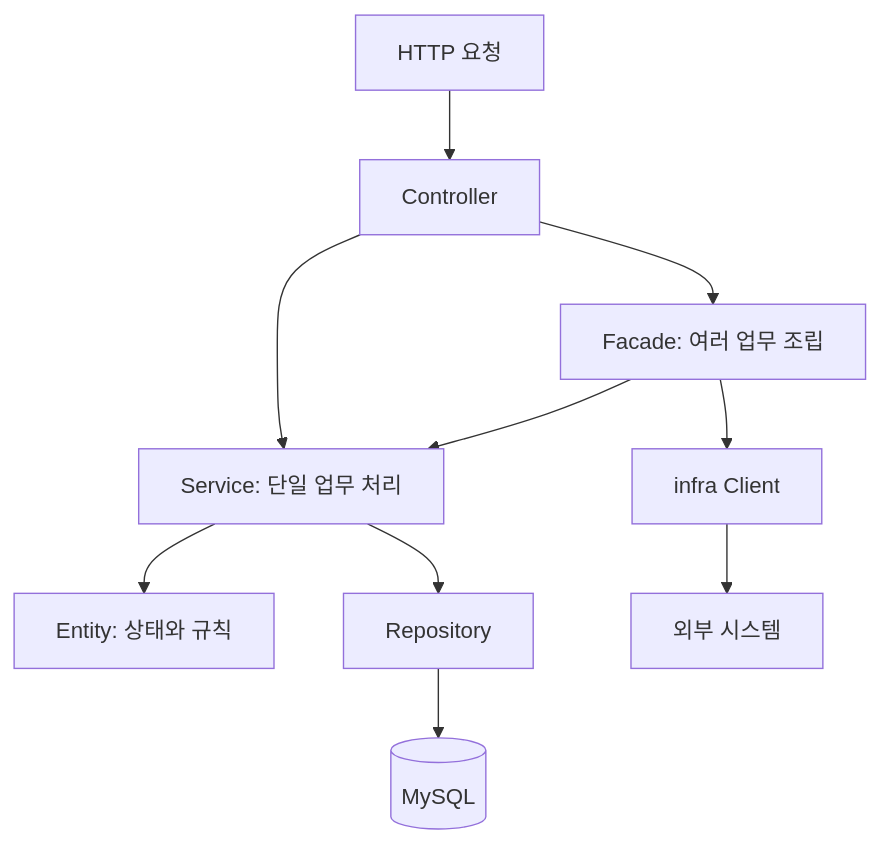
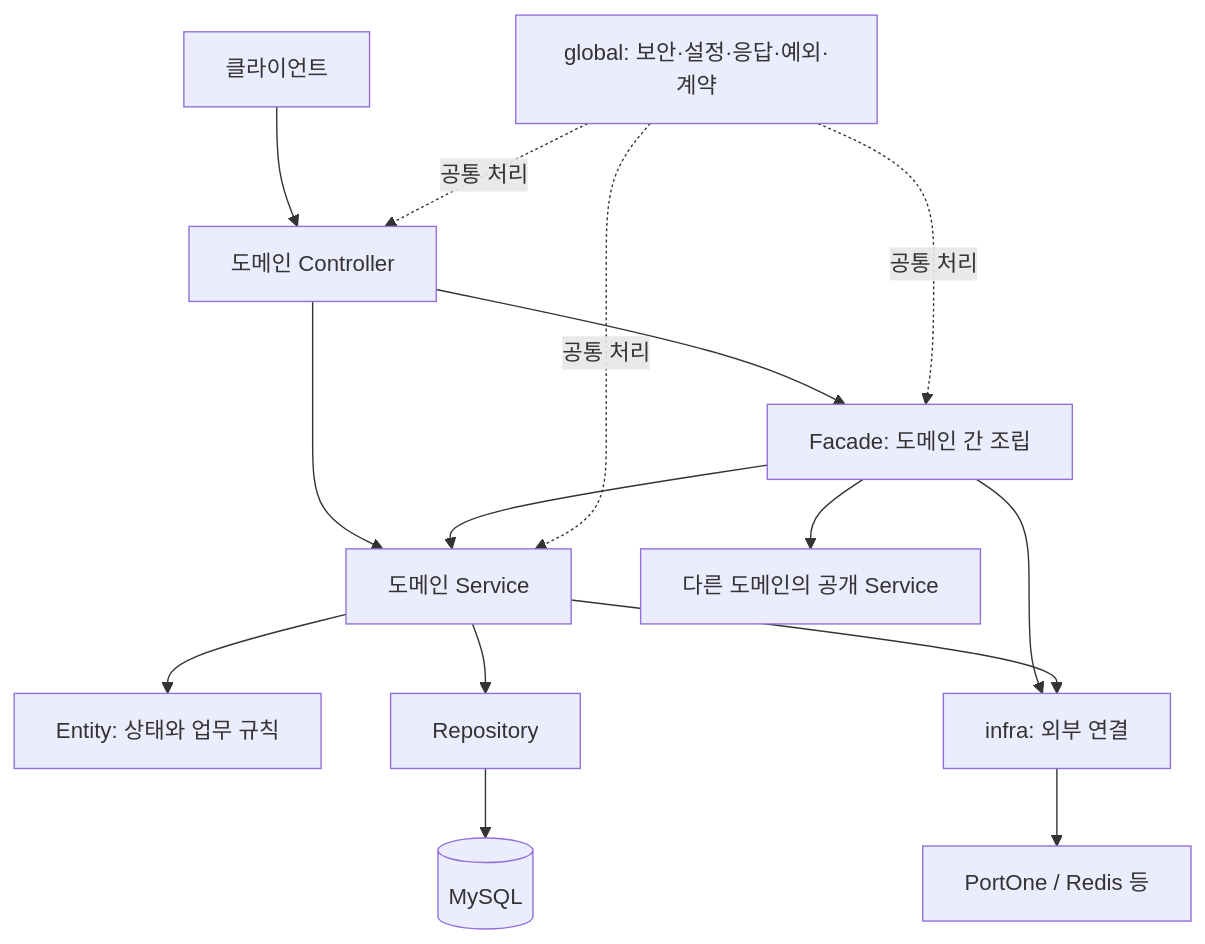
The diagram in docs/adr/layered-architecture.md (angel-kitchen/recipick), drawn with Mermaid before and after one commit. The commit also changed other lines of this file and 1 other file, not shown here.

````diff
--- a/docs/adr/layered-architecture.md
+++ b/docs/adr/layered-architecture.md
@@ -71,12 +80,17 @@
 ```mermaid
 flowchart TD
-    HTTP[HTTP 요청] --> Controller
-    Controller --> Facade[Facade: 여러 업무 조립]
-    Controller --> Service[Service: 단일 업무 처리]
+    Client[클라이언트] --> Controller[도메인 Controller]
+    Controller --> Facade[Facade: 도메인 간 조립]
+    Controller --> Service[도메인 Service]
     Facade --> Service
-    Service --> Entity[Entity: 상태와 규칙]
+    Facade --> Other[다른 도메인의 공개 Service]
+    Service --> Entity[Entity: 상태와 업무 규칙]
     Service --> Repository
     Repository --> DB[(MySQL)]
-    Facade --> Client[infra Client]
-    Client --> External[외부 시스템]
+    Facade --> Infra[infra: 외부 연결]
+    Service --> Infra
+    Infra --> External[PortOne / Redis 등]
+    Global[global: 보안·설정·응답·예외·계약] -. 공통 처리 .-> Controller
+    Global -. 공통 처리 .-> Facade
+    Global -. 공통 처리 .-> Service
 ```
````
